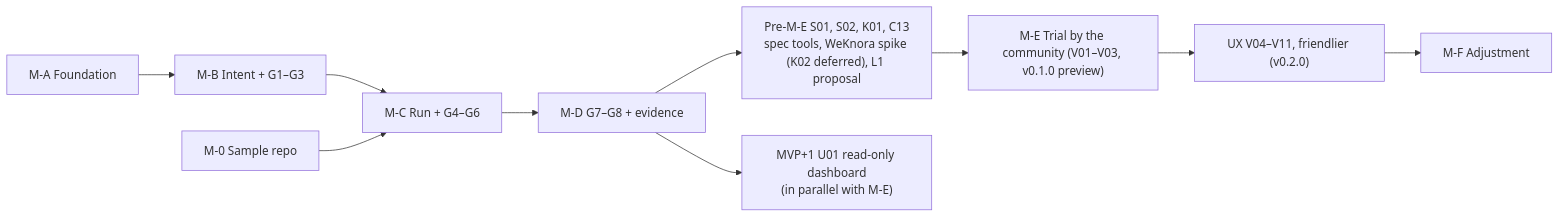
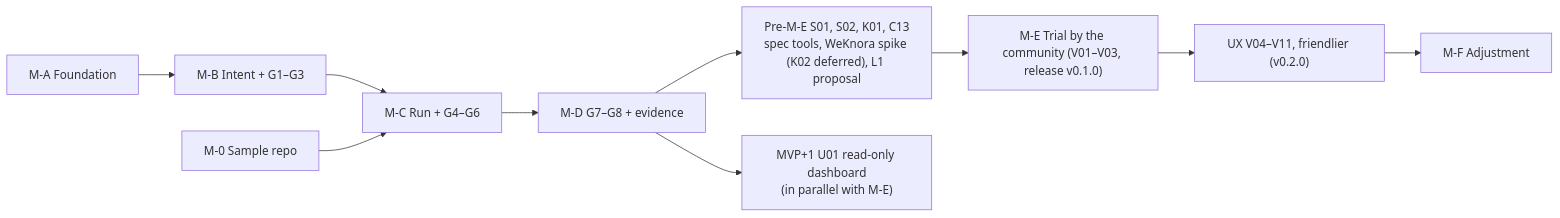
One commit to hoanghainh1188/agentic-sdlc-framework changed the diagram in design/D-08-mvp-backlog.md. Above: the diagram before and after it, drawn with Mermaid. The commit also changed 1 other file, not shown here.

Commit message:
docs: v0.1.0 is a normal release, not a preview (backlog diagram)

````diff
--- a/design/D-08-mvp-backlog.md
+++ b/design/D-08-mvp-backlog.md
@@ -53,12 +53,12 @@
 ```mermaid
 flowchart LR
     MA["M-A Foundation"] --> MB["M-B Intent + G1–G3"]
     MB --> MC["M-C Run + G4–G6"]
     M0["M-0 Sample repo"] --> MC
     MC --> MD["M-D G7–G8 + evidence"]
     MD --> MP["Pre-M-E S01, S02, K01, C13<br/>spec tools, WeKnora spike (K02 deferred), L1 proposal"]
-    MP --> ME["M-E Trial by the community (V01–V03, v0.1.0 preview)"]
+    MP --> ME["M-E Trial by the community (V01–V03, release v0.1.0)"]
     ME --> UX["UX V04–V11, friendlier (v0.2.0)"]
     UX --> MF["M-F Adjustment"]
     MD --> MU["MVP+1 U01 read-only dashboard<br/>(in parallel with M-E)"]
 ```
````
